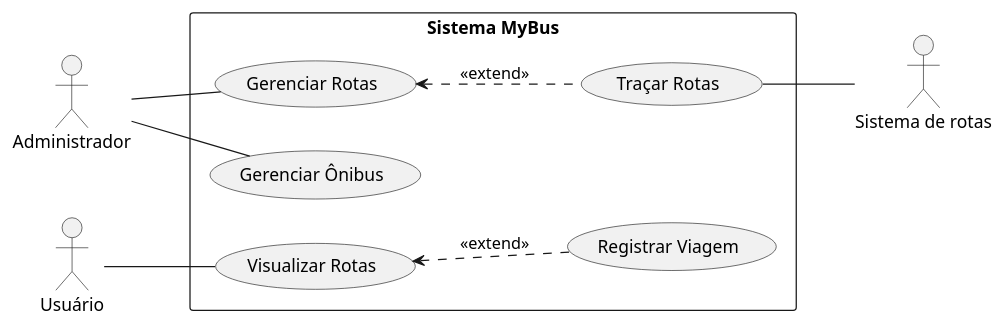
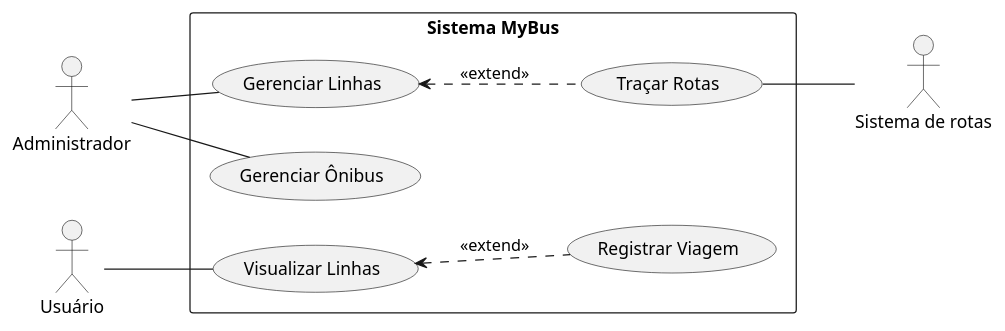
The diagram in docs/mybus_casos_de_uso.puml (saames/mybus), drawn with PlantUML before and after one commit.

Commit message:
docs: altera termos de caso de uso

```diff
--- a/docs/mybus_casos_de_uso.puml
+++ b/docs/mybus_casos_de_uso.puml
@@ -1,29 +1,29 @@
 @startuml sistema_de_locacao_filmes
 
 left to right direction
 
 actor Administrador
 actor Usuário
 actor "Sistema de rotas"
 
 rectangle "Sistema MyBus" {
 
-    (Visualizar Rotas)
+    (Visualizar Linhas)
     (Traçar Rotas)
-    (Gerenciar Rotas)
+    (Gerenciar Linhas)
     (Gerenciar Ônibus)
     (Registrar Viagem)
     
 
-    Usuário -- (Visualizar Rotas)
-    Administrador -- (Gerenciar Rotas)
+    Usuário -- (Visualizar Linhas)
+    Administrador -- (Gerenciar Linhas)
     Administrador -- (Gerenciar Ônibus)
     (Traçar Rotas) -- "Sistema de rotas"
     
-    
-    (Visualizar Rotas) <.. (Registrar Viagem) : <<extend>>
-    (Gerenciar Rotas) <.. (Traçar Rotas) : <<extend>>
+
+    (Visualizar Linhas) <.. (Registrar Viagem) : <<extend>>
+    (Gerenciar Linhas) <.. (Traçar Rotas) : <<extend>>
 
 }
 
 @enduml
```
